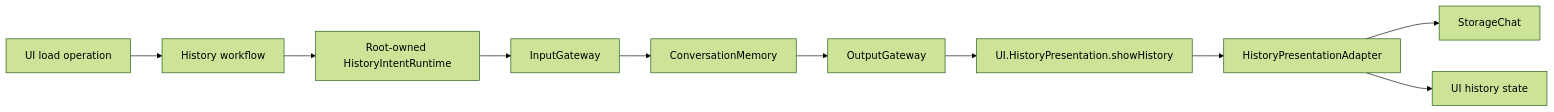
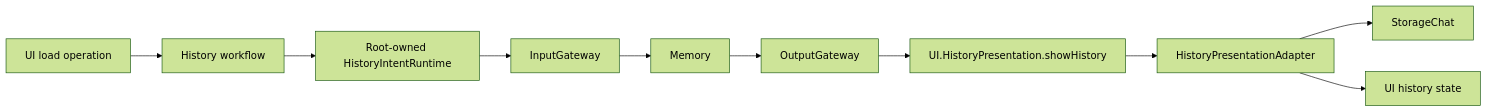
One commit to devilyouwei/MobileHarness changed the diagram in MobileHarness/App/Workflows/History/README.md. Above: the diagram before and after it, drawn with Mermaid (forest theme). The commit also changed other lines of this file and 201 other files, not shown here.

````diff
--- a/MobileHarness/App/Workflows/History/README.md
+++ b/MobileHarness/App/Workflows/History/README.md
@@ -9,12 +9,12 @@
 ```mermaid
 flowchart LR
     Page[UI load operation] --> Workflow[History workflow]
     Workflow --> Intent[Root-owned HistoryIntentRuntime]
     Intent --> Input[InputGateway]
-    Input --> Agent[ConversationMemory]
+    Input --> Agent[Memory]
     Agent --> Output[OutputGateway]
     Output --> Tool[UI.HistoryPresentation.showHistory]
     Tool --> Adapter[HistoryPresentationAdapter]
     Adapter --> Journal[StorageChat]
     Adapter --> State[UI history state]
 ```
````
